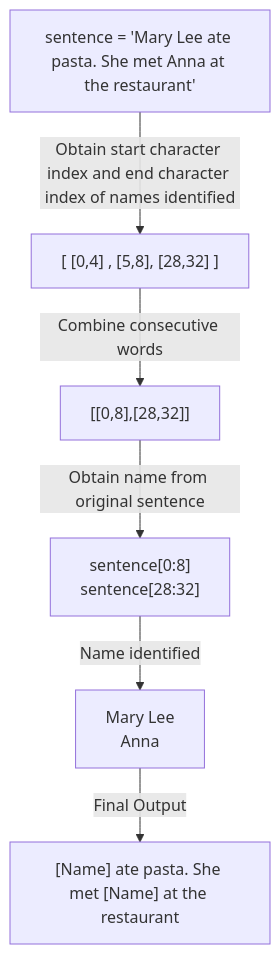
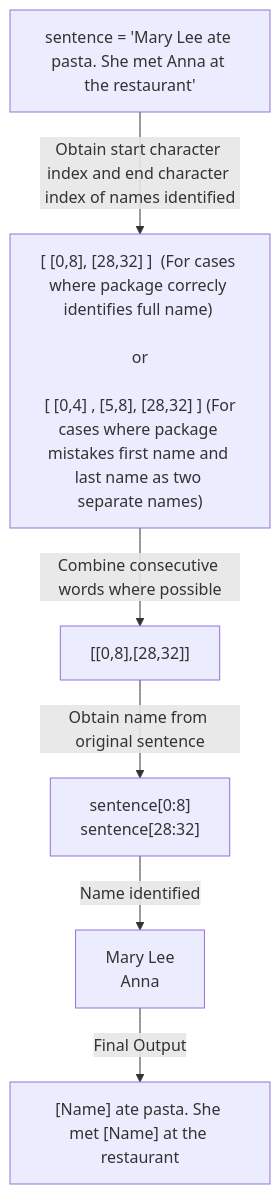
The second of 3 diagrams in README.md (joeytxy/anonymization_tool), drawn with Mermaid before and after one commit.

````diff
--- a/README.md
+++ b/README.md
@@ -217,9 +217,9 @@
 ```mermaid
 flowchart TD
   A[sentence = 'Mary Lee ate pasta. She met Anna at the restaurant'];
-  A -- Obtain start character index and end character index of names identified --> B["[ [0,4] , [5,8], [28,32] ]"];
-  B -- Combine consecutive words --> C["[[0,8],[28,32]]"];
+  A -- Obtain start character index and end character index of names identified --> B["[ [0,8], [28,32] ]  (For cases where package correcly identifies full name) <br/><br/> or <br/><br/> [ [0,4] , [5,8], [28,32] ] (For cases where package mistakes first name and last name as two separate names)"];
+  B -- Combine consecutive words where possible --> C["[[0,8],[28,32]]"];
   C -- Obtain name from original sentence --> D["sentence[0:8] <br/> sentence[28:32]"];
   D -- Name identified --> E[Mary Lee \n Anna];
   E -- Final Output --> H["[Name] ate pasta. She met [Name] at the restaurant"] 
 ```
````
